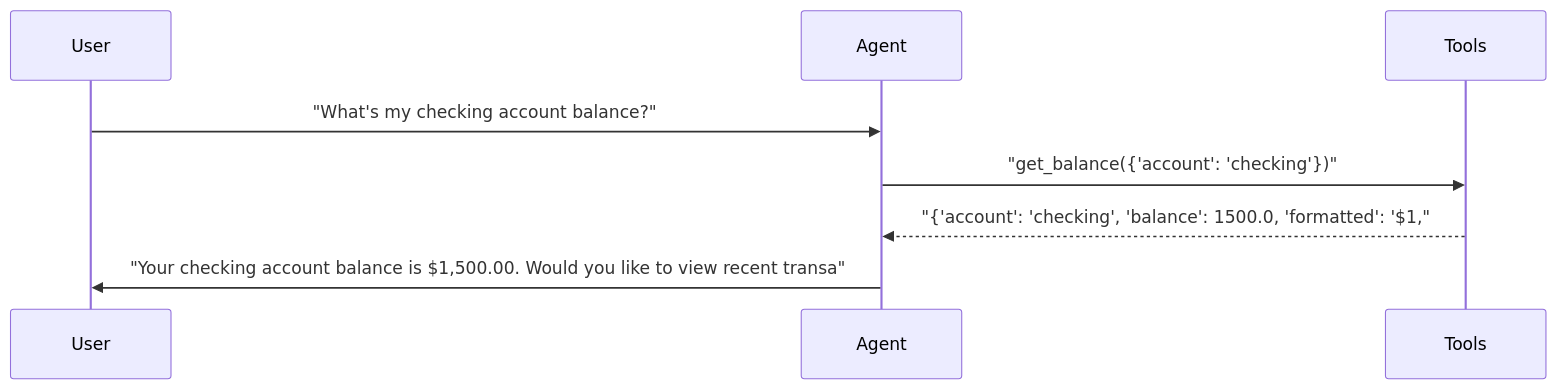
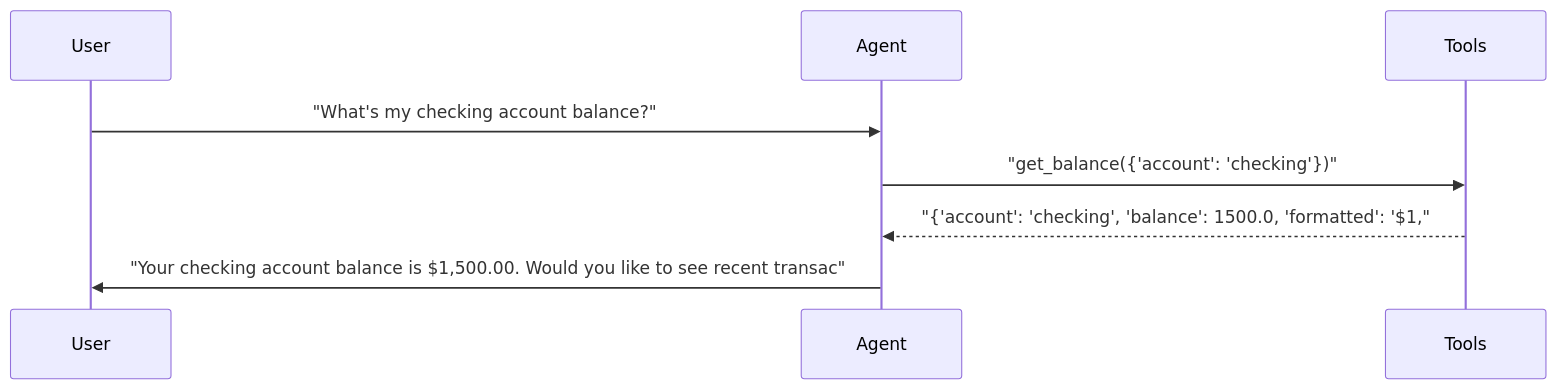
The first of 24 diagrams in docs/demo/hero-report.md (sbroenne/pytest-aitest), drawn with Mermaid before and after one commit. The commit also changed other lines of this file and 34 other files, not shown here.

````diff
--- a/docs/demo/hero-report.md
+++ b/docs/demo/hero-report.md
@@ -218,11 +233,11 @@
 ```mermaid
 sequenceDiagram
     participant User
     participant Agent
     participant Tools
 
     User->>Agent: "What's my checking account balance?"
     Agent->>Tools: "get_balance({'account': 'checking'})"
     Tools-->>Agent: "{'account': 'checking', 'balance': 1500.0, 'formatted': '$1,"
-    Agent->>User: "Your checking account balance is $1,500.00. Would you like to view recent transa"
+    Agent->>User: "Your checking account balance is $1,500.00. Would you like to see recent transac"
 ```
````
